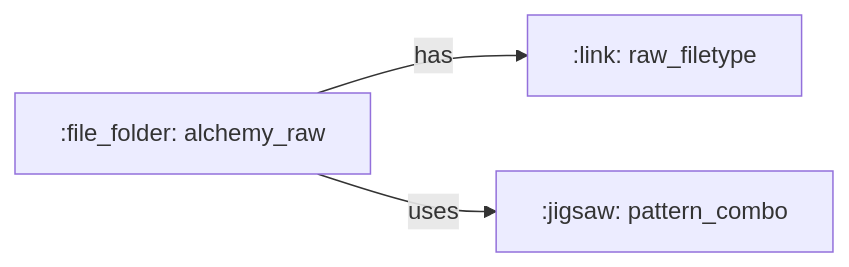
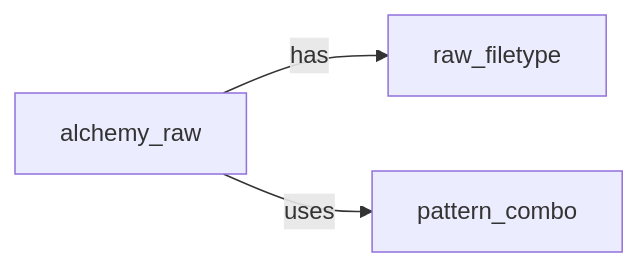
Diagram 11 of 22 in docs/brainstorms/investigation-db.md (ThanuMahee12/AgentContext), drawn with Mermaid before and after one commit. The commit also changed other lines of this file, not shown here.

Commit message:
docs: remove emoji shortcodes from mermaid diagrams

````diff
--- a/docs/brainstorms/investigation-db.md
+++ b/docs/brainstorms/investigation-db.md
@@ -275,5 +275,5 @@
 ```mermaid
 flowchart LR
-    R[":file_folder: alchemy_raw"] -->|has| RFT[":link: raw_filetype"]
-    R -->|uses| PC[":jigsaw: pattern_combo"]
+    R["alchemy_raw"] -->|has| RFT["raw_filetype"]
+    R -->|uses| PC["pattern_combo"]
 ```
````
